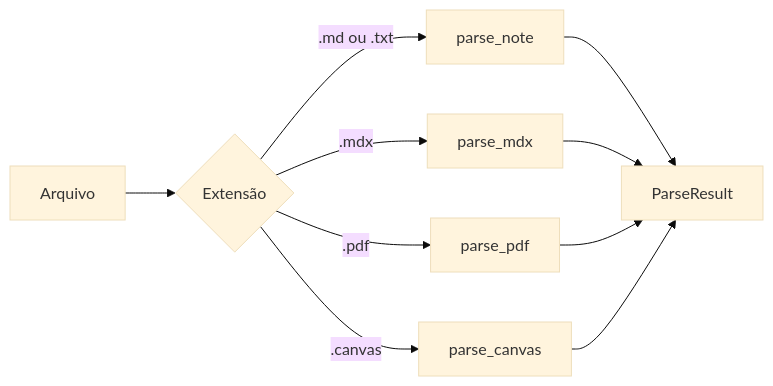
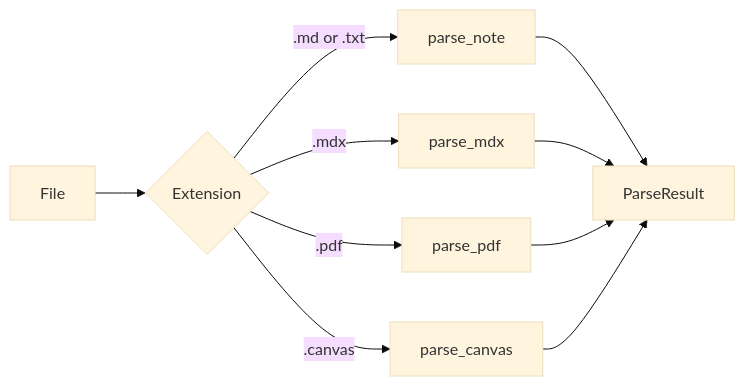
Before and after one commit to everton-dgn/vault-search-mcp: the diagram in docs/features/file-formats.md, drawn with Mermaid (base theme). The commit also changed other lines of this file and 200 other files, not shown here.

````diff
--- a/docs/features/file-formats.md
+++ b/docs/features/file-formats.md
@@ -16,12 +16,12 @@
 ```mermaid
 flowchart LR
-    F[Arquivo] --> E{Extensão}
-    E -->|.md ou .txt| M[parse_note]
+    F[File] --> E{Extension}
+    E -->|.md or .txt| M[parse_note]
     E -->|.mdx| X[parse_mdx]
     E -->|.pdf| P[parse_pdf]
     E -->|.canvas| C[parse_canvas]
     M --> R[ParseResult]
     X --> R
     P --> R
     C --> R
 ```
````
